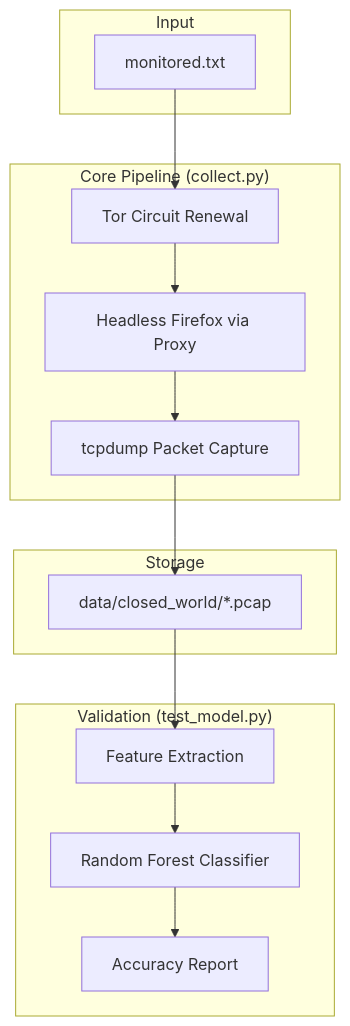
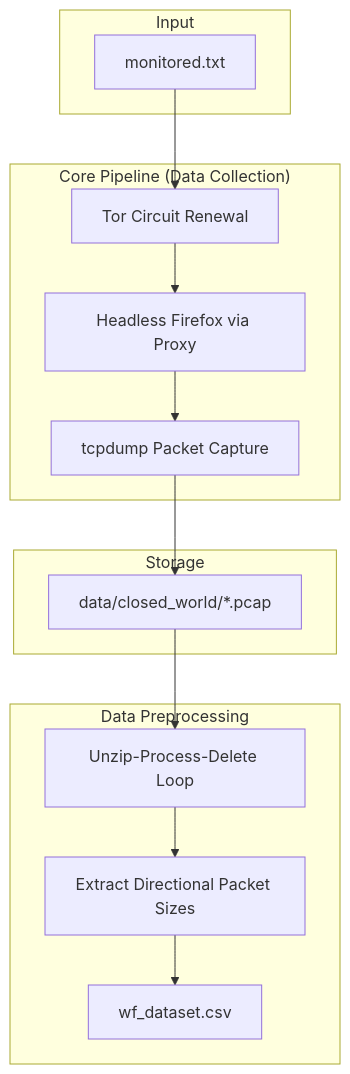
The diagram in Data & Traffic Engineer/RECREATE.md (usernamesarehardman/capstone), drawn with Mermaid before and after one commit. The commit also changed other lines of this file and 1 other file, not shown here.

````diff
--- a/Data & Traffic Engineer/RECREATE.md
+++ b/Data & Traffic Engineer/RECREATE.md
@@ -11,30 +14,30 @@
 ```mermaid
 graph TD
     subgraph Input
         A[monitored.txt]
     end
 
-    subgraph Core_Pipeline["Core Pipeline (collect.py)"]
+    subgraph Core_Pipeline["Core Pipeline (Data Collection)"]
         B[Tor Circuit Renewal]
         C[Headless Firefox via Proxy]
         D[tcpdump Packet Capture]
     end
 
     subgraph Storage
         E["data/closed_world/*.pcap"]
     end
 
-    subgraph Validation["Validation (test_model.py)"]
-        F[Feature Extraction]
-        G[Random Forest Classifier]
-        H[Accuracy Report]
+    subgraph Preprocessing["Data Preprocessing"]
+        F[Unzip-Process-Delete Loop]
+        G[Extract Directional Packet Sizes]
+        H[wf_dataset.csv]
     end
 
     A --> B
     B --> C
     C --> D
     D --> E
     E --> F
     F --> G
     G --> H
 ```
````
